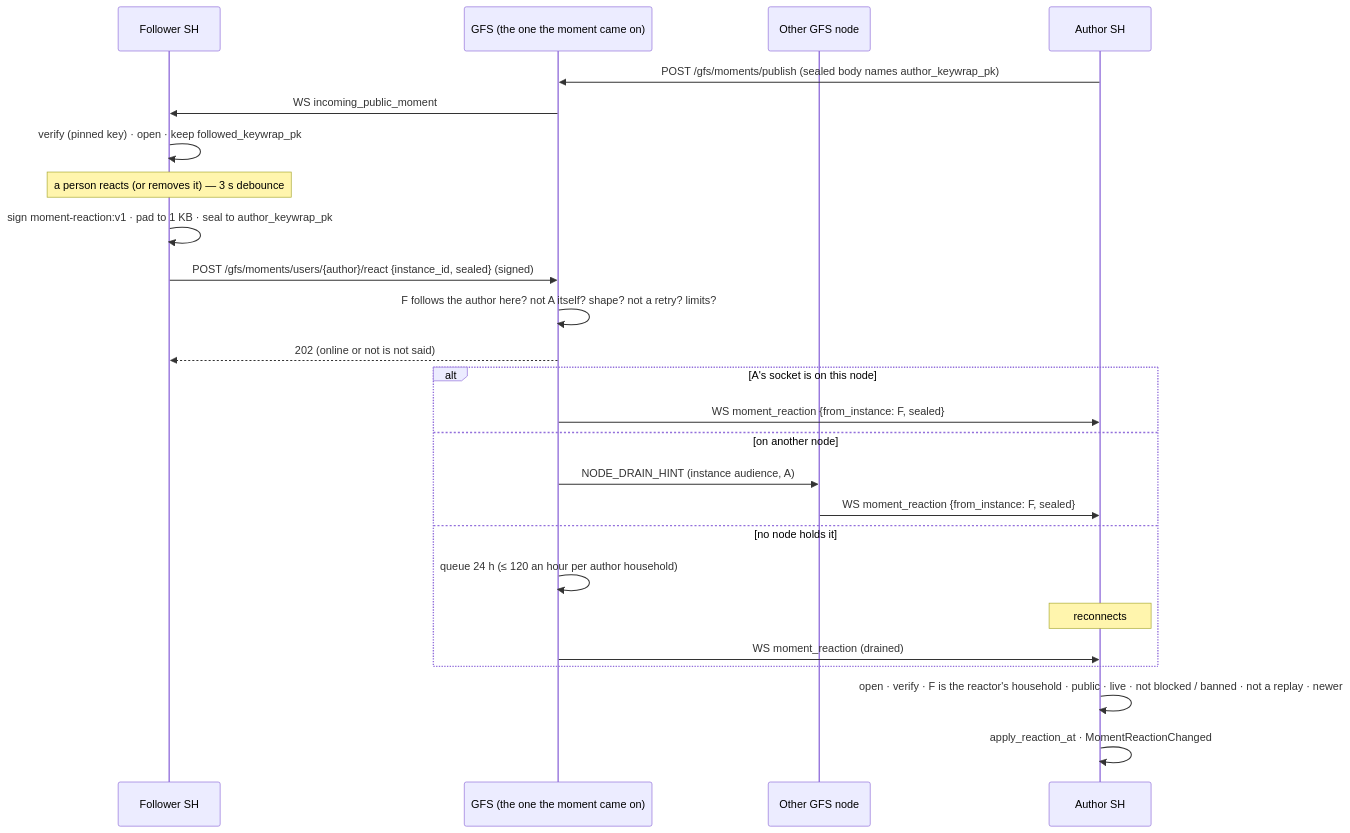
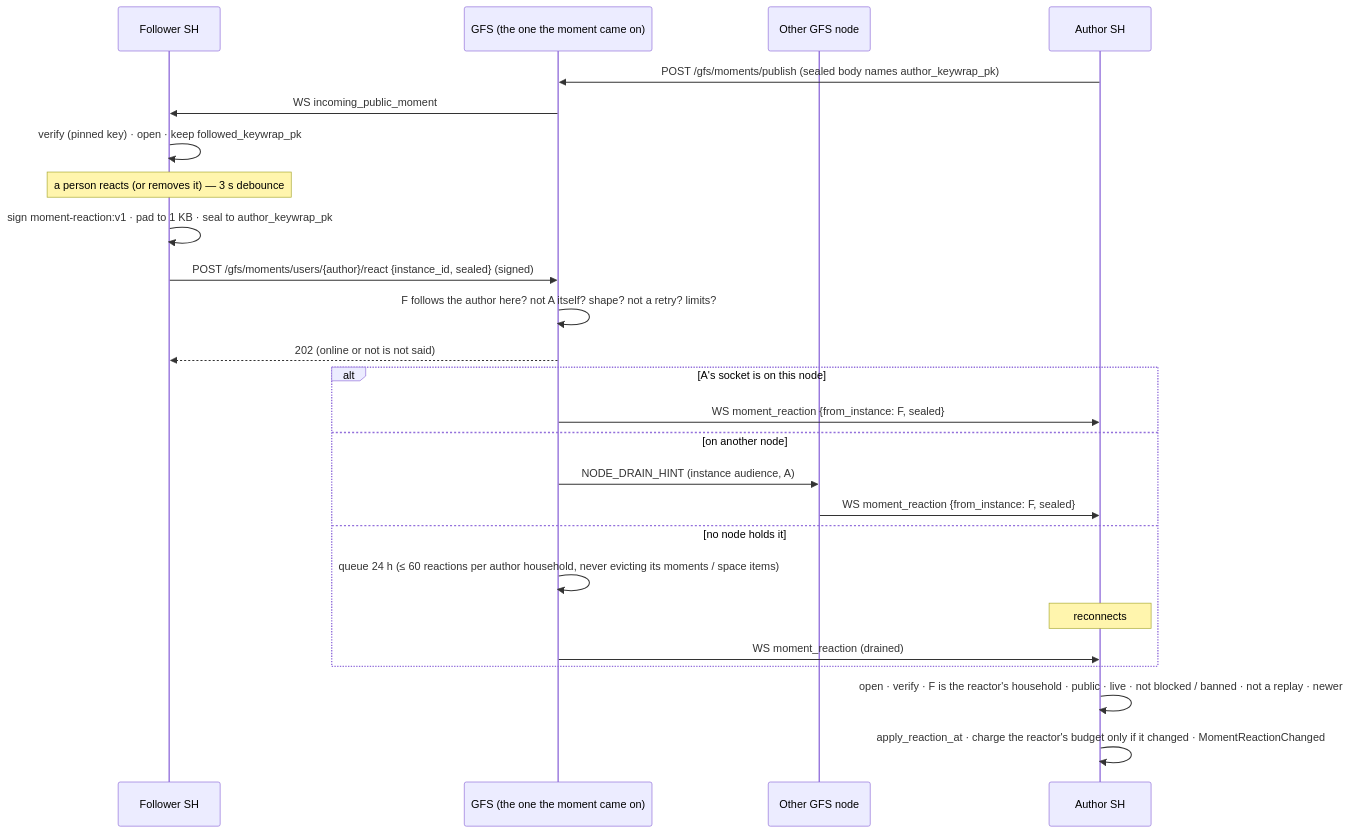
The second of 8 diagrams in docs/protocol/momentum_public.md (social-home-io/socialhome), drawn with Mermaid before and after one commit. The commit also changed other lines of this file and 30 other files, not shown here.

First line of the commit message:
Reactions can't crowd an offline author's queue; replays cost nothing

````diff
--- a/docs/protocol/momentum_public.md
+++ b/docs/protocol/momentum_public.md
@@ -491,28 +500,28 @@
 ```mermaid
 sequenceDiagram
   participant F as Follower SH
   participant G as GFS (the one the moment came on)
   participant N as Other GFS node
   participant A as Author SH
 
   A->>G: POST /gfs/moments/publish (sealed body names author_keywrap_pk)
   G->>F: WS incoming_public_moment
   F->>F: verify (pinned key) · open · keep followed_keywrap_pk
   Note over F: a person reacts (or removes it) — 3 s debounce
   F->>F: sign moment-reaction:v1 · pad to 1 KB · seal to author_keywrap_pk
   F->>G: POST /gfs/moments/users/{author}/react {instance_id, sealed} (signed)
   G->>G: F follows the author here? not A itself? shape? not a retry? limits?
   G-->>F: 202 (online or not is not said)
   alt A's socket is on this node
     G->>A: WS moment_reaction {from_instance: F, sealed}
   else on another node
     G->>N: NODE_DRAIN_HINT (instance audience, A)
     N->>A: WS moment_reaction {from_instance: F, sealed}
   else no node holds it
-    G->>G: queue 24 h (≤ 120 an hour per author household)
+    G->>G: queue 24 h (≤ 60 reactions per author household, never evicting its moments / space items)
     Note over A: reconnects
     G->>A: WS moment_reaction (drained)
   end
   A->>A: open · verify · F is the reactor's household · public · live · not blocked / banned · not a replay · newer
-  A->>A: apply_reaction_at · MomentReactionChanged
+  A->>A: apply_reaction_at · charge the reactor's budget only if it changed · MomentReactionChanged
 ```
````
